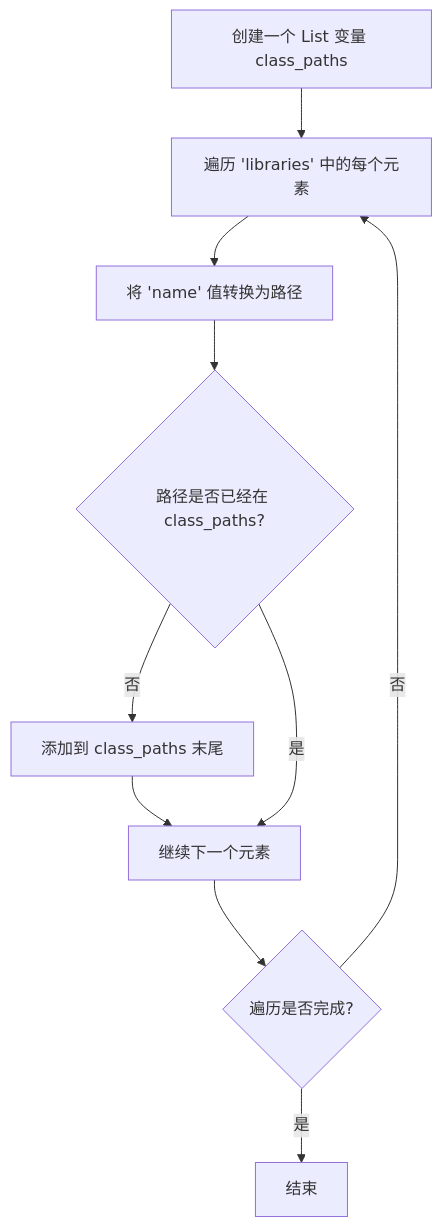
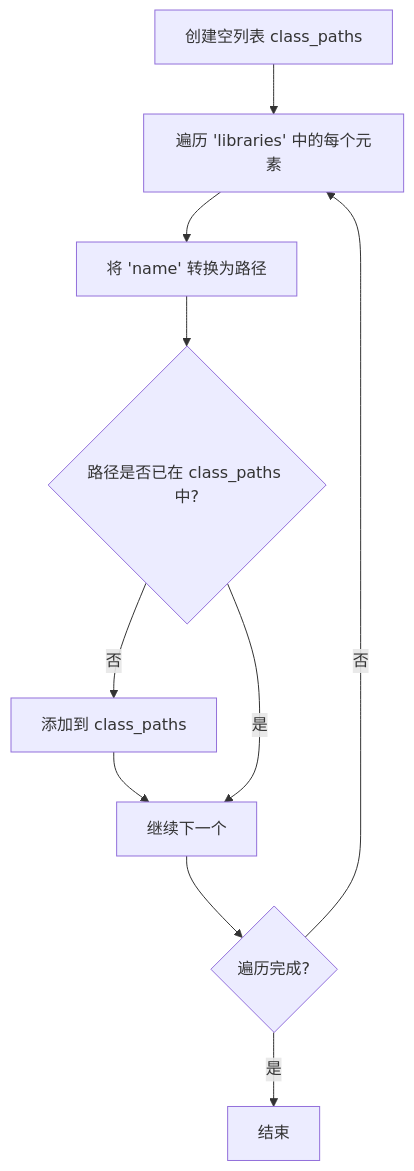
Before and after one commit to ECLteam/ECL-Docs: the third of 3 diagrams in docs/other/lanucherdev/Launch/BuildLaunchCommand.md, drawn with Mermaid. The commit also changed other lines of this file and 2 other files, not shown here.

````diff
--- a/docs/other/lanucherdev/Launch/BuildLaunchCommand.md
+++ b/docs/other/lanucherdev/Launch/BuildLaunchCommand.md
@@ -47,12 +112,12 @@
 ```mermaid
 graph TD
-    A[创建一个 List 变量 class_paths] --> B[遍历 'libraries' 中的每个元素]
-    B --> C[将 'name' 值转换为路径]
-    C --> D{路径是否已经在 class_paths?}
-    D --> |否| E[添加到 class_paths 末尾]
-    E --> F[继续下一个元素]
+    A[创建空列表 class_paths] --> B[遍历 'libraries' 中的每个元素]
+    B --> C[将 'name' 转换为路径]
+    C --> D{路径是否已在 class_paths 中?}
+    D --> |否| E[添加到 class_paths]
+    E --> F[继续下一个]
     D --> |是| F
-    F --> G{遍历是否完成?}
+    F --> G{遍历完成?}
     G --> |否| B
     G --> |是| H[结束]
 ```
````
